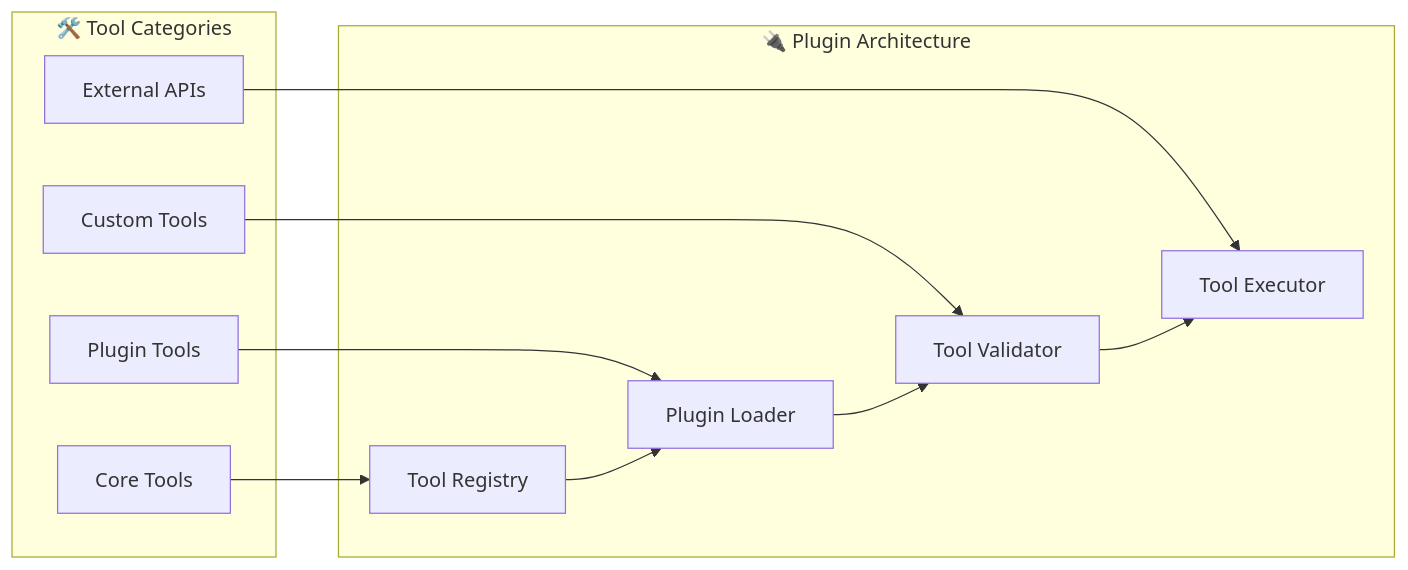
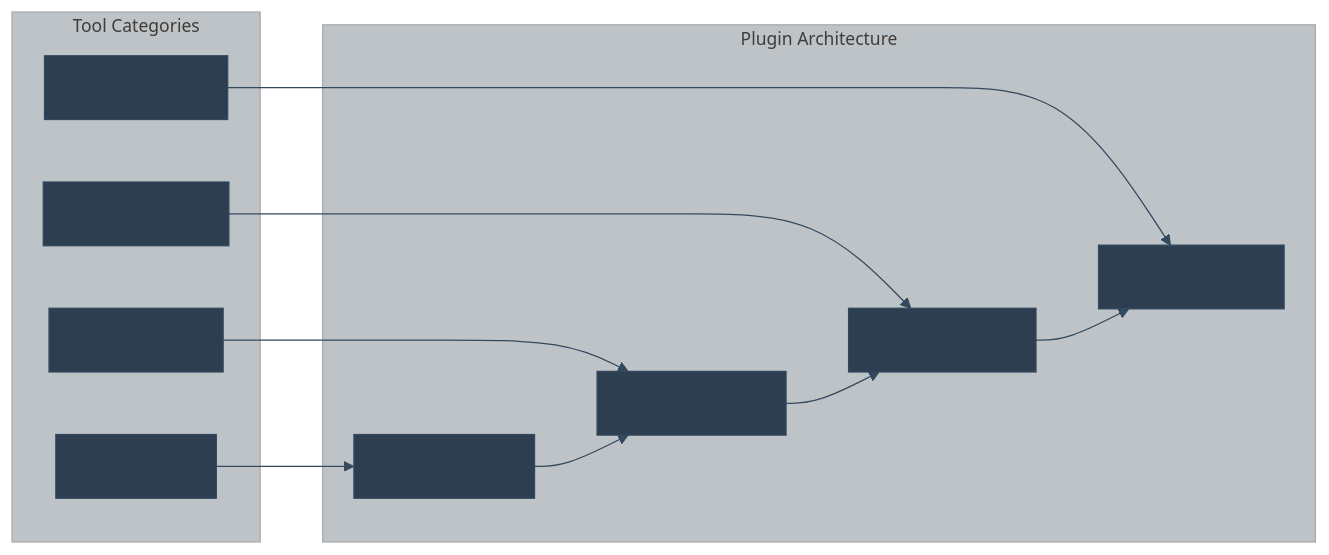
The second of 10 diagrams in docs/ROADMAP.md (khaosans/basic-chat), drawn with Mermaid before and after one commit. The commit also changed other lines of this file and 10 other files, not shown here.

````diff
--- a/docs/ROADMAP.md
+++ b/docs/ROADMAP.md
@@ -97,25 +94,26 @@
 ```mermaid
+%%{init: {'theme': 'base', 'themeVariables': { 'fontSize': '14px', 'fontFamily': 'arial', 'primaryColor': '#2c3e50', 'primaryTextColor': '#2c3e50', 'primaryBorderColor': '#34495e', 'lineColor': '#34495e', 'secondaryColor': '#ecf0f1', 'tertiaryColor': '#bdc3c7'}}}%%
 graph LR
-    subgraph "🛠️ Tool Categories"
+    subgraph "Tool Categories"
         CORE[Core Tools]
         PLUGINS[Plugin Tools]
         CUSTOM[Custom Tools]
         EXTERNAL[External APIs]
     end
     
-    subgraph "🔌 Plugin Architecture"
+    subgraph "Plugin Architecture"
         REGISTRY[Tool Registry]
         LOADER[Plugin Loader]
         VALIDATOR[Tool Validator]
         EXECUTOR[Tool Executor]
     end
     
     CORE --> REGISTRY
     PLUGINS --> LOADER
     CUSTOM --> VALIDATOR
     EXTERNAL --> EXECUTOR
     
     REGISTRY --> LOADER
     LOADER --> VALIDATOR
     VALIDATOR --> EXECUTOR
 ```
````
